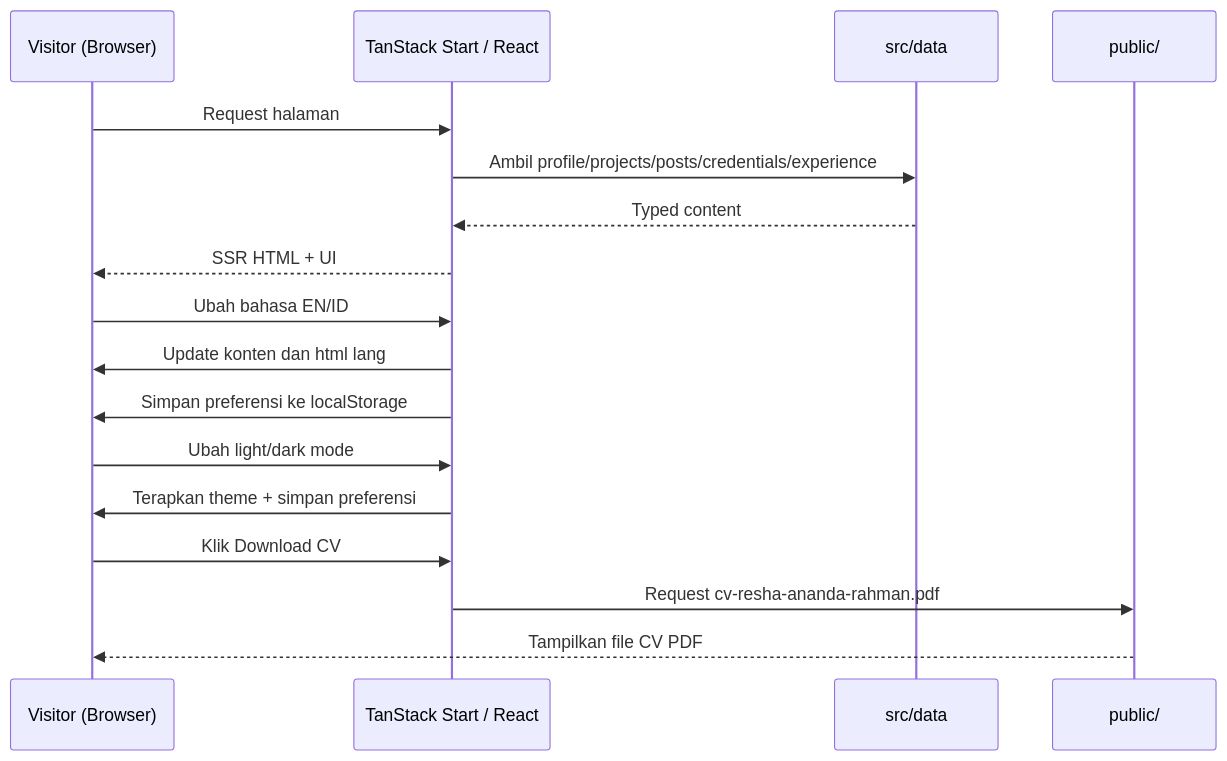
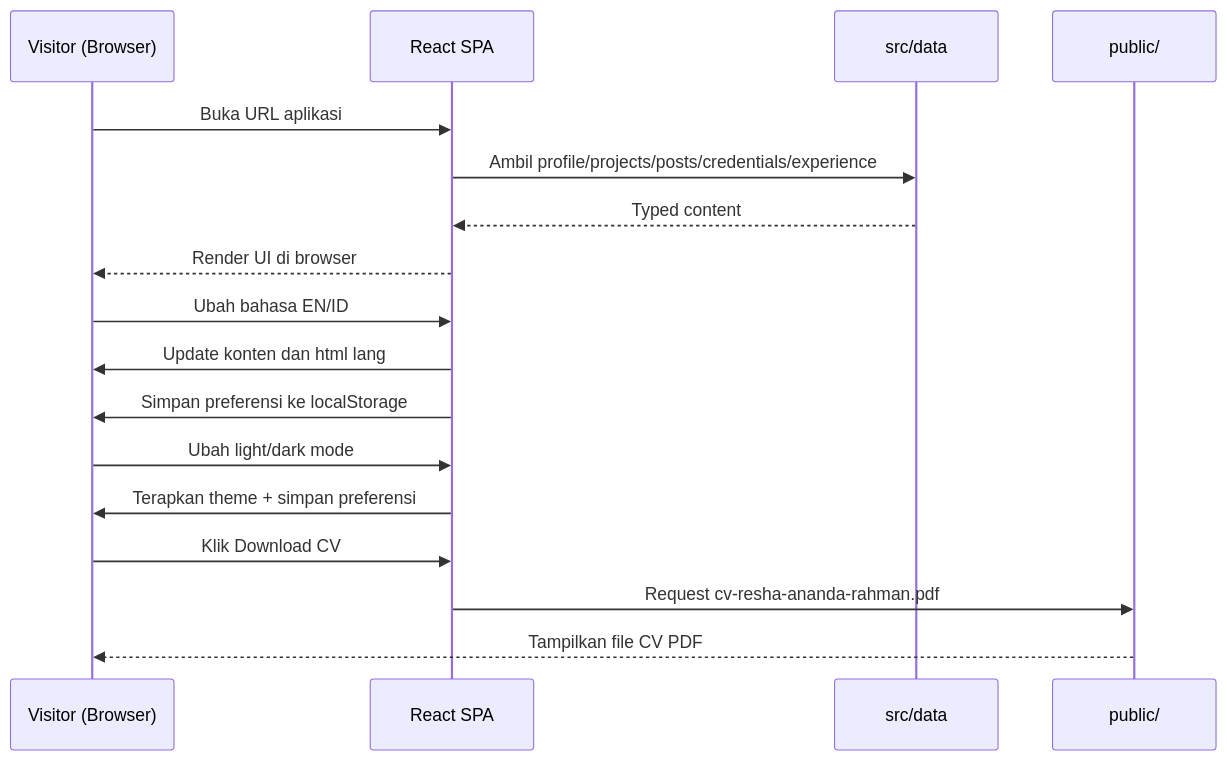
Before and after one commit to Res-ha/reshaananda-portfolio: the first of 2 diagrams in PRD.md, drawn with Mermaid. The commit also changed other lines of this file and 39 other files, not shown here.

Commit message:
refactor: migrate portfolio to standalone React app

````diff
--- a/PRD.md
+++ b/PRD.md
@@ -132,23 +133,23 @@
 ```mermaid
 sequenceDiagram
     participant User as Visitor (Browser)
-    participant App as TanStack Start / React
+    participant App as React SPA
     participant Data as src/data
     participant Public as public/
 
-    User->>App: Request halaman
+    User->>App: Buka URL aplikasi
     App->>Data: Ambil profile/projects/posts/credentials/experience
     Data-->>App: Typed content
-    App-->>User: SSR HTML + UI
+    App-->>User: Render UI di browser
 
     User->>App: Ubah bahasa EN/ID
     App->>User: Update konten dan html lang
     App->>User: Simpan preferensi ke localStorage
 
     User->>App: Ubah light/dark mode
     App->>User: Terapkan theme + simpan preferensi
 
     User->>App: Klik Download CV
     App->>Public: Request cv-resha-ananda-rahman.pdf
     Public-->>User: Tampilkan file CV PDF
 ```
````
